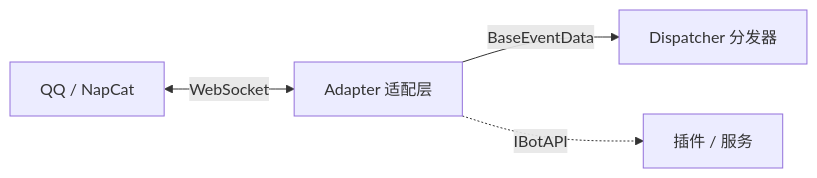
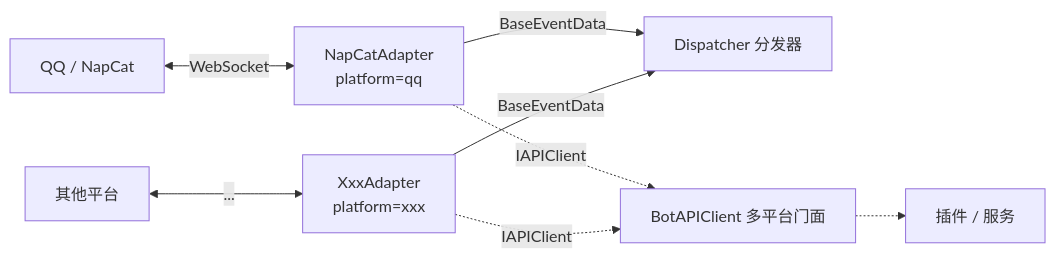
The diagram in docs/reference/adapter/README.md (Sparrived/ncatbot), drawn with Mermaid before and after one commit. The commit also changed other lines of this file and 91 other files, not shown here.

````diff
--- a/docs/reference/adapter/README.md
+++ b/docs/reference/adapter/README.md
@@ -18,6 +20,10 @@
 ```mermaid
 graph LR
-    QQ[QQ / NapCat] <-->|WebSocket| Adapter[Adapter 适配层]
-    Adapter -->|BaseEventData| Dispatcher[Dispatcher 分发器]
-    Adapter -.->|IBotAPI| Plugin[插件 / 服务]
+    QQ[QQ / NapCat] <-->|WebSocket| A1[NapCatAdapter<br>platform=qq]
+    Future[其他平台] <-->|...| A2[XxxAdapter<br>platform=xxx]
+    A1 -->|BaseEventData| Dispatcher[Dispatcher 分发器]
+    A2 -->|BaseEventData| Dispatcher
+    A1 -.->|IAPIClient| BotAPIClient[BotAPIClient 多平台门面]
+    A2 -.->|IAPIClient| BotAPIClient
+    BotAPIClient -.-> Plugin[插件 / 服务]
 ```
````
